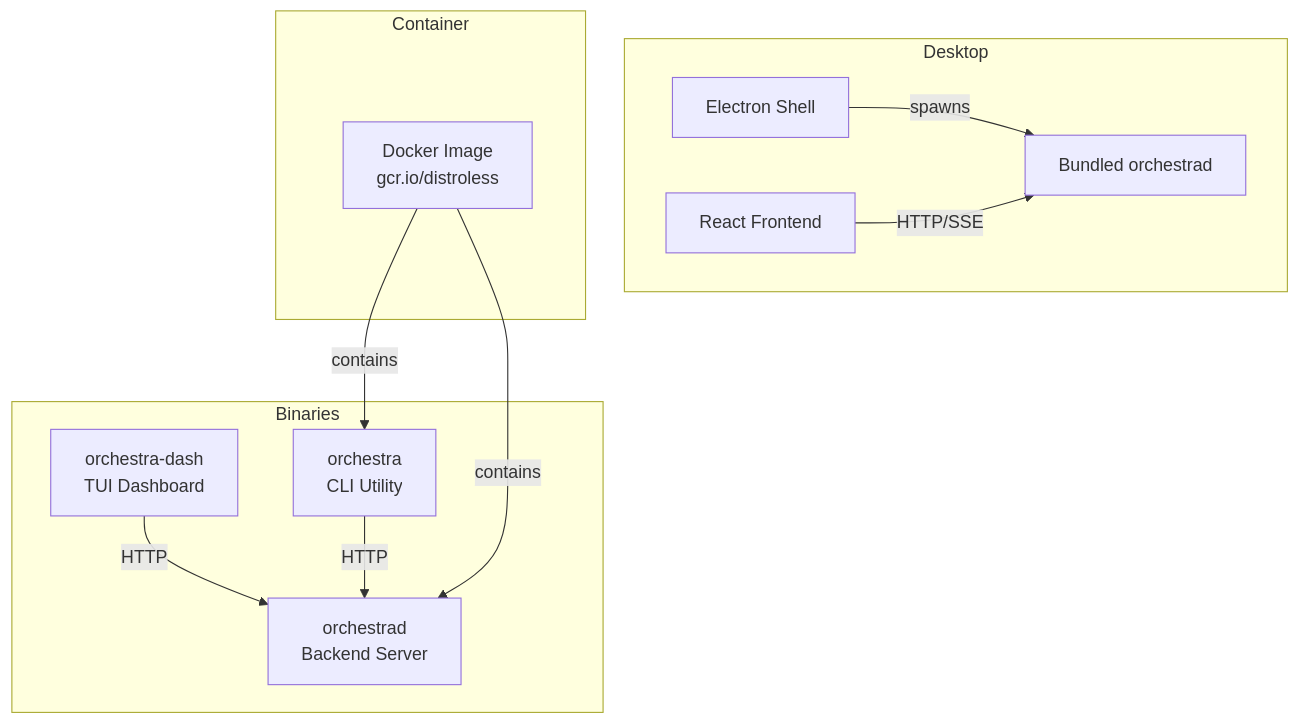
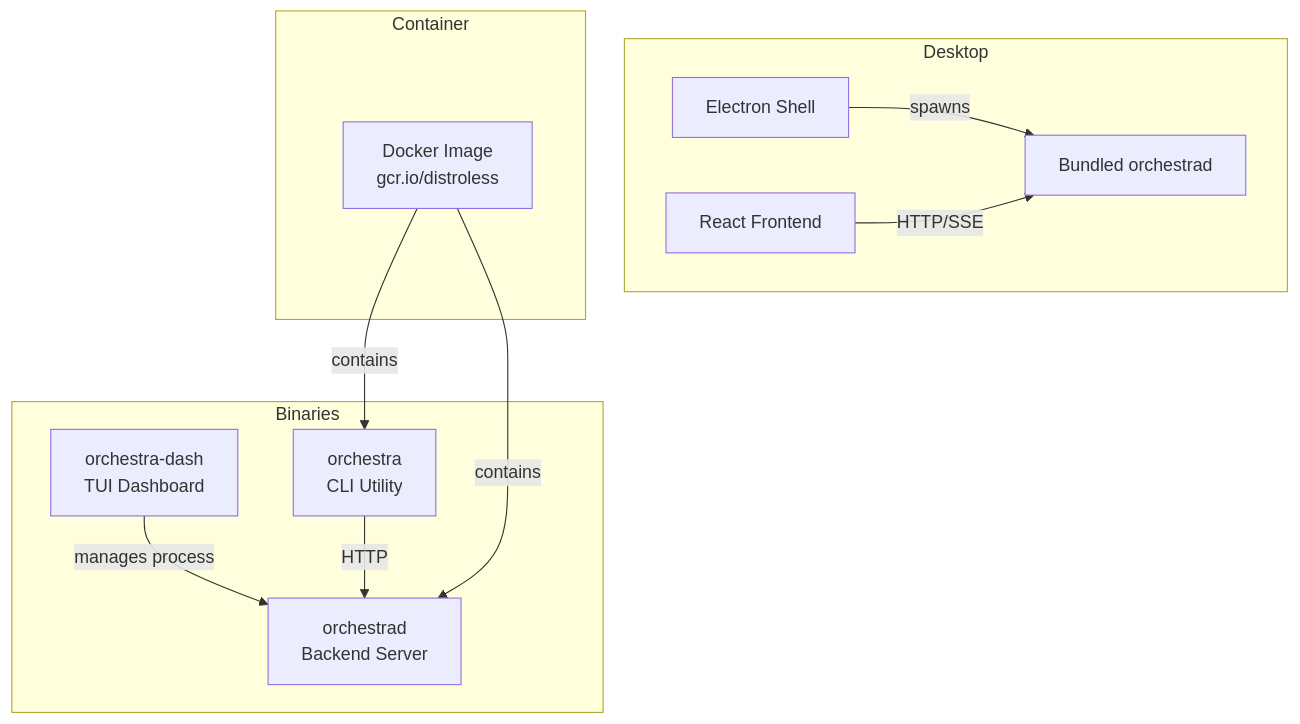
The first of 3 diagrams in docs/operations/deployment.md (bradAGI/Orchestra), drawn with Mermaid before and after one commit. The commit also changed other lines of this file and 18 other files, not shown here.

````diff
--- a/docs/operations/deployment.md
+++ b/docs/operations/deployment.md
@@ -17,25 +17,25 @@
 ```mermaid
 graph TD
     subgraph Binaries
         OD[orchestrad<br>Backend Server]
         OC[orchestra<br>CLI Utility]
         TUI[orchestra-dash<br>TUI Dashboard]
     end
 
     subgraph Desktop
         ELECTRON[Electron Shell]
         REACT[React Frontend]
         SIDECAR[Bundled orchestrad]
     end
 
     subgraph Container
         DOCKER[Docker Image<br>gcr.io/distroless]
     end
 
     ELECTRON -->|spawns| SIDECAR
     REACT -->|HTTP/SSE| SIDECAR
-    TUI -->|HTTP| OD
+    TUI -->|manages process| OD
     OC -->|HTTP| OD
     DOCKER -->|contains| OD
     DOCKER -->|contains| OC
 ```
````
